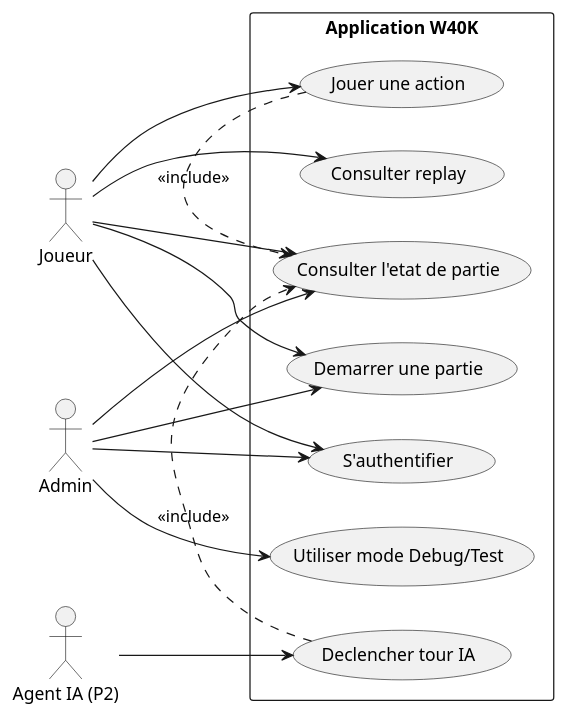
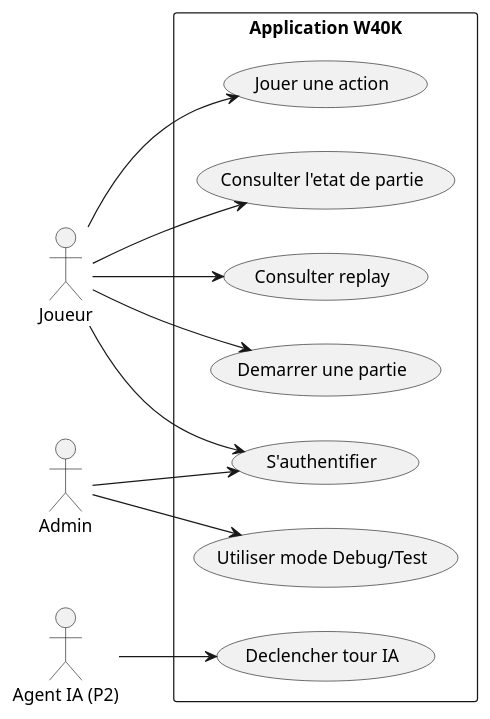
The first of 2 diagrams in Documentation/Memoire/memoire.md (GregSQT/40k), drawn with PlantUML before and after one commit. The commit also changed other lines of this file and 27 other files, not shown here.

````diff
--- a/Documentation/Memoire/memoire.md
+++ b/Documentation/Memoire/memoire.md
@@ -224,36 +160,27 @@
 ```plantuml
 @startuml
 left to right direction
-skinparam packageStyle rectangle
-
 actor "Joueur" as Player
 actor "Admin" as Admin
 actor "Agent IA (P2)" as AI
 
 rectangle "Application W40K" {
   usecase "S'authentifier" as UC_Login
   usecase "Demarrer une partie" as UC_Start
   usecase "Jouer une action" as UC_Action
   usecase "Consulter l'etat de partie" as UC_State
   usecase "Declencher tour IA" as UC_AITurn
   usecase "Consulter replay" as UC_Replay
   usecase "Utiliser mode Debug/Test" as UC_Debug
 }
 
 Player --> UC_Login
 Player --> UC_Start
 Player --> UC_Action
 Player --> UC_State
 Player --> UC_Replay
-
 AI --> UC_AITurn
-
 Admin --> UC_Login
 Admin --> UC_Debug
-Admin --> UC_Start
-Admin --> UC_State
-
-UC_AITurn .> UC_State : <<include>>
-UC_Action .> UC_State : <<include>>
 @enduml
 ```
````
